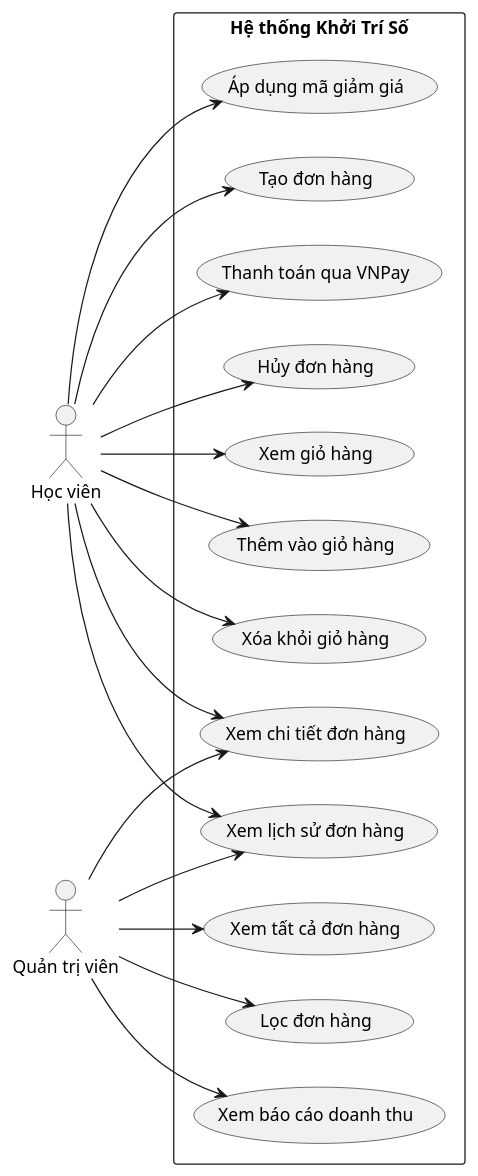
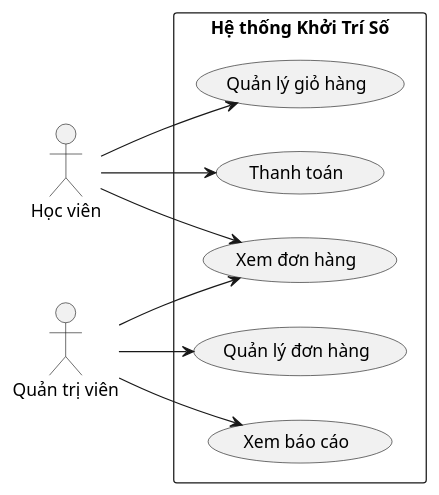
Before and after one commit to ngocnghia81/KhoiTriSo-PHP: the seventh of 18 diagrams in khoitriso-be/BIEU_DO_UML.md, drawn with PlantUML. The commit also changed other lines of this file and 23 other files, not shown here.

````diff
--- a/khoitriso-be/BIEU_DO_UML.md
+++ b/khoitriso-be/BIEU_DO_UML.md
@@ -285,39 +178,24 @@
 ```plantuml
 @startuml
 left to right direction
 actor "Học viên" as Student
 actor "Quản trị viên" as Admin
 
 rectangle "Hệ thống Khởi Trí Số" {
-  usecase "Xem giỏ hàng" as UC1
-  usecase "Thêm vào giỏ hàng" as UC2
-  usecase "Xóa khỏi giỏ hàng" as UC3
-  usecase "Áp dụng mã giảm giá" as UC4
-  usecase "Tạo đơn hàng" as UC5
-  usecase "Thanh toán qua VNPay" as UC6
-  usecase "Xem lịch sử đơn hàng" as UC7
-  usecase "Xem chi tiết đơn hàng" as UC8
-  usecase "Hủy đơn hàng" as UC9
-  usecase "Xem tất cả đơn hàng" as UC10
-  usecase "Lọc đơn hàng" as UC11
-  usecase "Xem báo cáo doanh thu" as UC12
+  usecase "Quản lý giỏ hàng" as UC1
+  usecase "Thanh toán" as UC2
+  usecase "Xem đơn hàng" as UC3
+  usecase "Quản lý đơn hàng" as UC4
+  usecase "Xem báo cáo" as UC5
 }
 
 Student --> UC1
 Student --> UC2
 Student --> UC3
-Student --> UC4
-Student --> UC5
-Student --> UC6
-Student --> UC7
-Student --> UC8
-Student --> UC9
 
-Admin --> UC7
-Admin --> UC8
-Admin --> UC10
-Admin --> UC11
-Admin --> UC12
+Admin --> UC3
+Admin --> UC4
+Admin --> UC5
 
 @enduml
 ```
````
